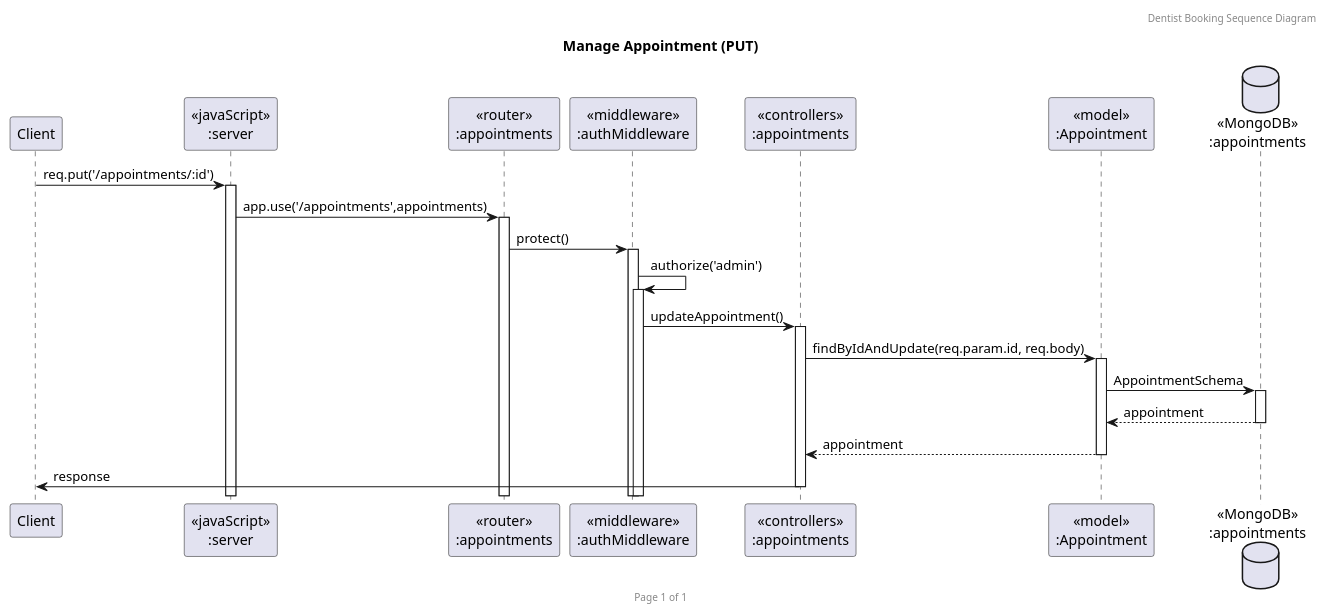
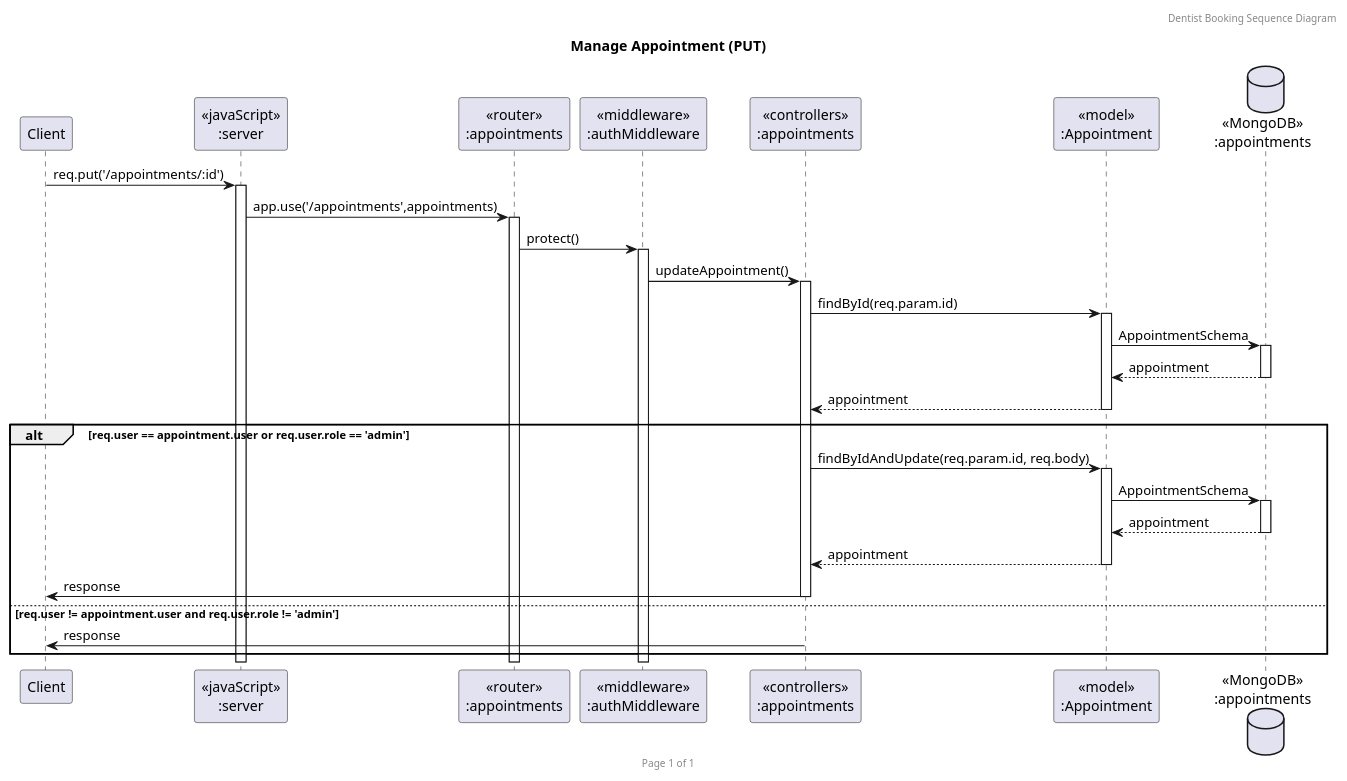
One commit to KoalaMuch/DentistBooking changed the diagram in doc/sequence_diagram/UpdateAppointment.puml. Above: the diagram before and after it, drawn with PlantUML. The commit also changed 4 other files, not shown here.

```diff
--- a/doc/sequence_diagram/UpdateAppointment.puml
+++ b/doc/sequence_diagram/UpdateAppointment.puml
@@ -1,26 +1,33 @@
 @startuml Manage Appointment (PUT)
 
 header Dentist Booking Sequence Diagram
 footer Page %page% of %lastpage%
 title "Manage Appointment (PUT)"
 
 participant "Client" as client
 participant "<<javaScript>>\n:server" as server
 participant "<<router>>\n:appointments" as routerAppointments
 participant "<<middleware>>\n:authMiddleware" as authMiddleware
 participant "<<controllers>>\n:appointments" as controllersAppointments
 participant "<<model>>\n:Appointment" as modelAppointment
 database "<<MongoDB>>\n:appointments" as AppointmentsDatabase
 
 client->server ++:req.put('/appointments/:id')
 server->routerAppointments ++:app.use('/appointments',appointments)
 routerAppointments->authMiddleware ++:protect()
-authMiddleware->authMiddleware ++:authorize('admin')
 authMiddleware -> controllersAppointments ++:updateAppointment()
+controllersAppointments -> modelAppointment ++:findById(req.param.id)
+modelAppointment -> AppointmentsDatabase ++:AppointmentSchema
+AppointmentsDatabase --> modelAppointment --:appointment
+controllersAppointments <-- modelAppointment --:appointment
+alt req.user == appointment.user or req.user.role == 'admin'
 controllersAppointments->modelAppointment ++:findByIdAndUpdate(req.param.id, req.body)
 modelAppointment ->AppointmentsDatabase ++: AppointmentSchema
 AppointmentsDatabase --> modelAppointment --: appointment
 controllersAppointments <-- modelAppointment --:appointment
 controllersAppointments->client --:response
+else req.user != appointment.user and req.user.role != 'admin'
+controllersAppointments->client --:response
+end
 
 @enduml
```
